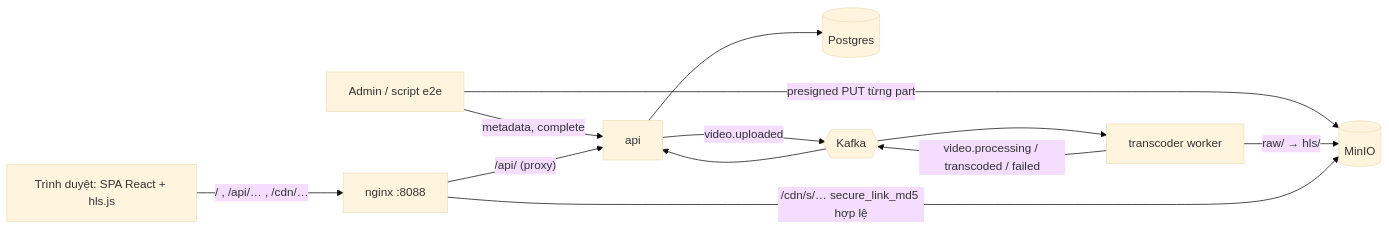
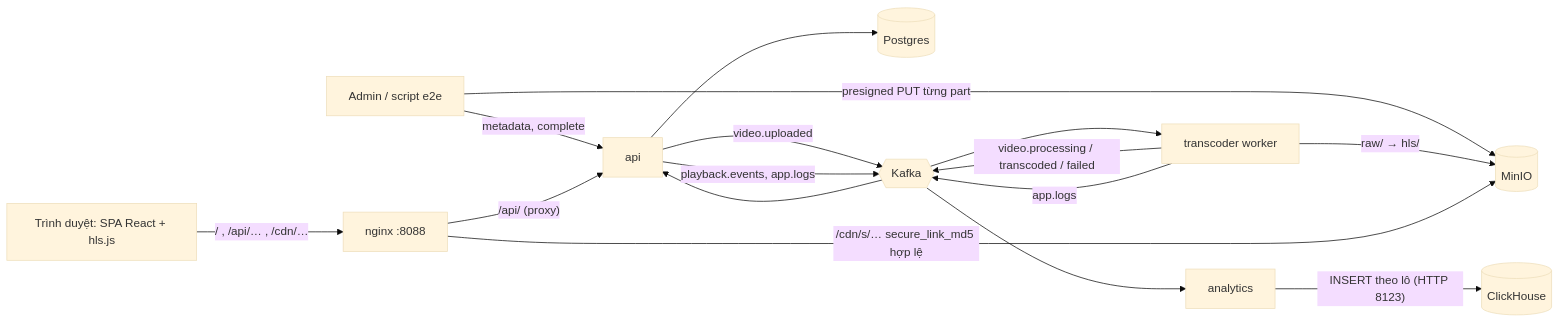
The diagram in docs/architecture.md (doba202/streaming-vod), drawn with Mermaid (base theme) before and after one commit. The commit also changed other lines of this file and 7 other files, not shown here.

Commit message:
docs: M6 analytics pipeline, app.logs and ClickHouse docs and ADRs

````diff
--- a/docs/architecture.md
+++ b/docs/architecture.md
@@ -7,14 +7,18 @@
 ```mermaid
 flowchart LR
   Admin[Admin / script e2e] -->|metadata, complete| API[api]
   Admin -->|presigned PUT từng part| S3[(MinIO)]
   API --> PG[(Postgres)]
   API -->|video.uploaded| K{{Kafka}}
   K --> T[transcoder worker]
   T -->|raw/ → hls/| S3
   T -->|video.processing / transcoded / failed| K
   K --> API
   Viewer[Trình duyệt: SPA React + hls.js] -->|"/ , /api/… , /cdn/…"| N[nginx :8088]
   N -->|"/api/ (proxy)"| API
   N -->|"/cdn/s/… secure_link_md5 hợp lệ"| S3
+  API -->|"playback.events, app.logs"| K
+  T -->|app.logs| K
+  K --> AN[analytics]
+  AN -->|"INSERT theo lô (HTTP 8123)"| CH[(ClickHouse)]
 ```
````
